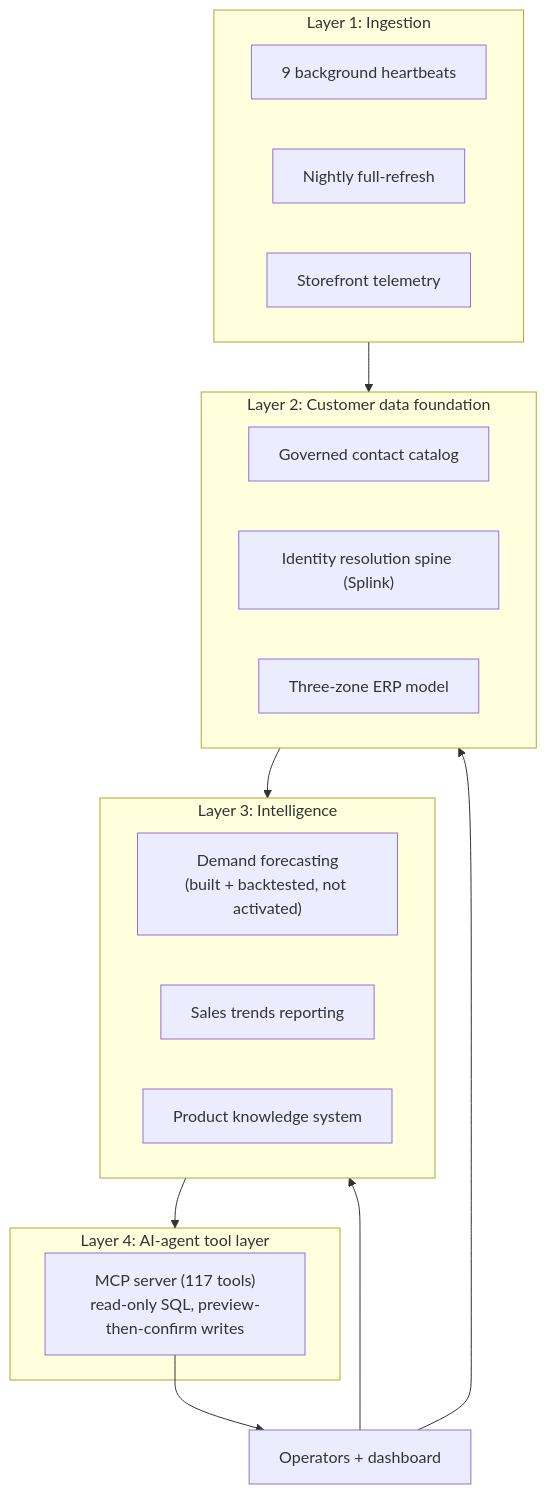
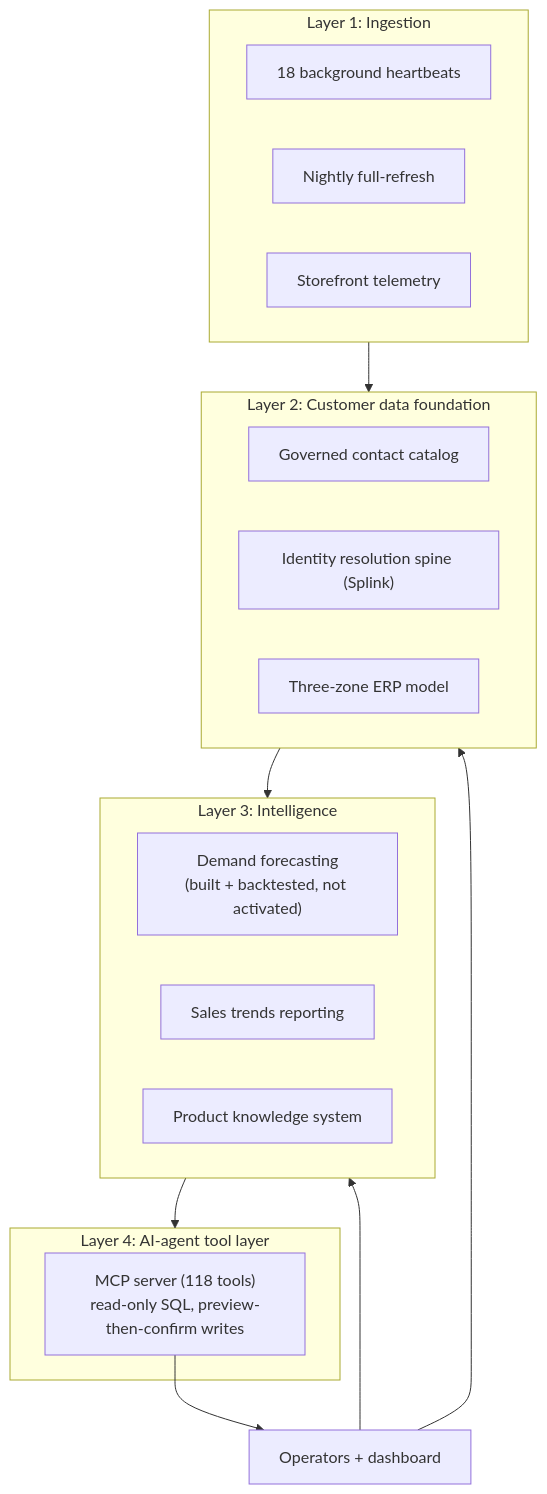
One commit to ryanzegalia/portfolio changed the first of 2 diagrams in nexus/architecture/ARCHITECTURE.md. Above: the diagram before and after it, drawn with Mermaid. The commit also changed other lines of this file and 77 other files, not shown here.

````diff
--- a/nexus/architecture/ARCHITECTURE.md
+++ b/nexus/architecture/ARCHITECTURE.md
@@ -13,28 +13,28 @@
 ```mermaid
 flowchart TB
     subgraph L4["Layer 4: AI-agent tool layer"]
-        MCP["MCP server (117 tools)<br/>read-only SQL, preview-then-confirm writes"]
+        MCP["MCP server (118 tools)<br/>read-only SQL, preview-then-confirm writes"]
     end
     subgraph L3["Layer 3: Intelligence"]
         Forecast["Demand forecasting<br/>(built + backtested, not activated)"]
         Trends["Sales trends reporting"]
         Knowledge["Product knowledge system"]
     end
     subgraph L2["Layer 2: Customer data foundation"]
         Catalog["Governed contact catalog"]
         Identity["Identity resolution spine (Splink)"]
         Zones["Three-zone ERP model"]
     end
     subgraph L1["Layer 1: Ingestion"]
-        Heartbeats["9 background heartbeats"]
+        Heartbeats["18 background heartbeats"]
         Nightly["Nightly full-refresh"]
         Telemetry["Storefront telemetry"]
     end
 
     L1 --> L2
     L2 --> L3
     L3 --> L4
     Operators["Operators + dashboard"] --> L2
     Operators --> L3
     MCP --> Operators
 ```
````
